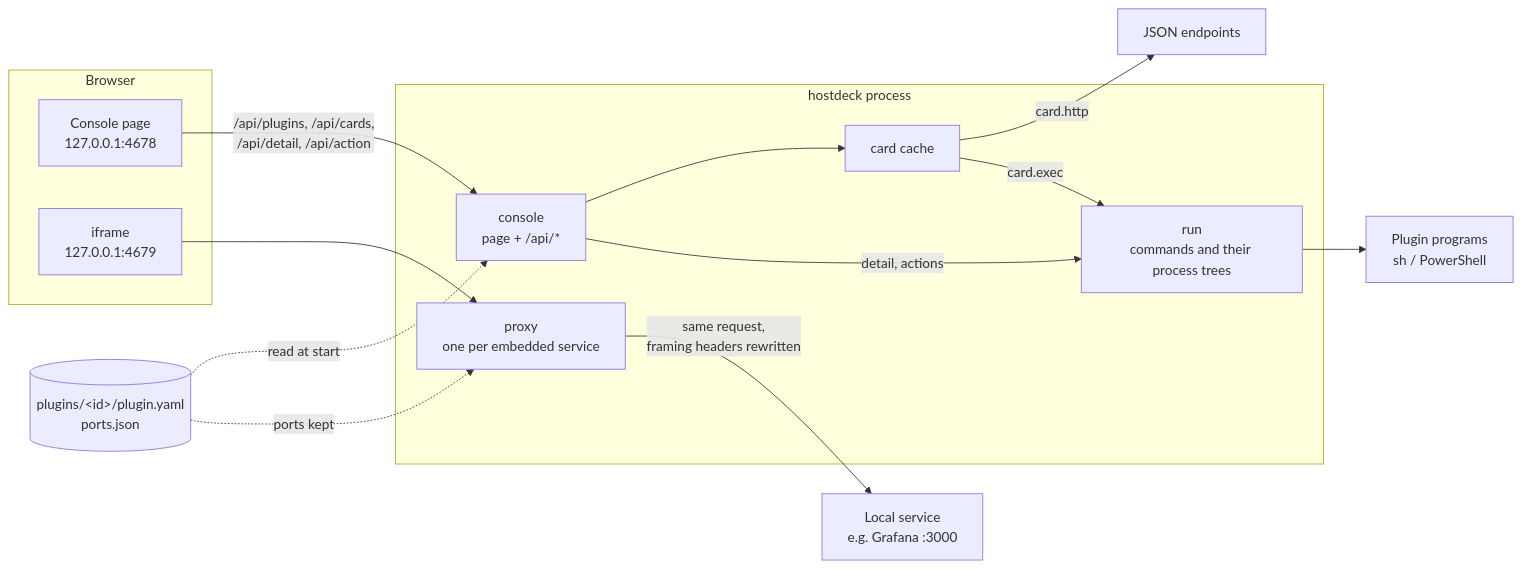
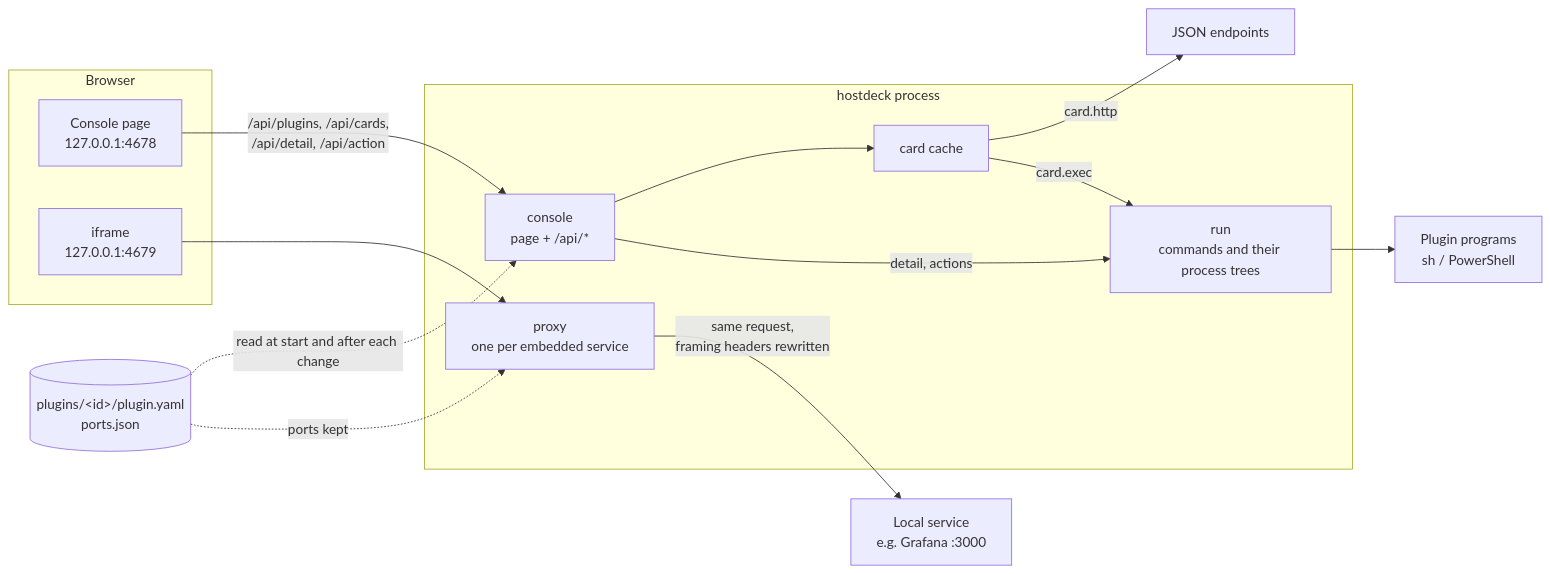
One commit to Ike-li/hostdeck changed the diagram in docs/ARCHITECTURE.md. Above: the diagram before and after it, drawn with Mermaid. The commit also changed other lines of this file and 11 other files, not shown here.

````diff
--- a/docs/ARCHITECTURE.md
+++ b/docs/ARCHITECTURE.md
@@ -9,27 +9,27 @@
 ```mermaid
 flowchart LR
   subgraph Browser
     page["Console page<br/>127.0.0.1:4678"]
     frame["iframe<br/>127.0.0.1:4679"]
   end
 
   subgraph hostdeck["hostdeck process"]
     console["console<br/>page + /api/*"]
     cache["card cache"]
     proxy["proxy<br/>one per embedded service"]
     run["run<br/>commands and their process trees"]
   end
 
   svc["Local service<br/>e.g. Grafana :3000"]
   json["JSON endpoints"]
   cmd["Plugin programs<br/>sh / PowerShell"]
   folder[("plugins/&lt;id&gt;/plugin.yaml<br/>ports.json")]
 
   page -->|"/api/plugins, /api/cards,<br/>/api/detail, /api/action"| console
   frame --> proxy -->|"same request,<br/>framing headers rewritten"| svc
   console --> cache -->|"card.http"| json
   cache -->|"card.exec"| run
   console -->|"detail, actions"| run --> cmd
-  folder -. "read at start" .-> console
+  folder -. "read at start and after each change" .-> console
   folder -. "ports kept" .-> proxy
 ```
````
